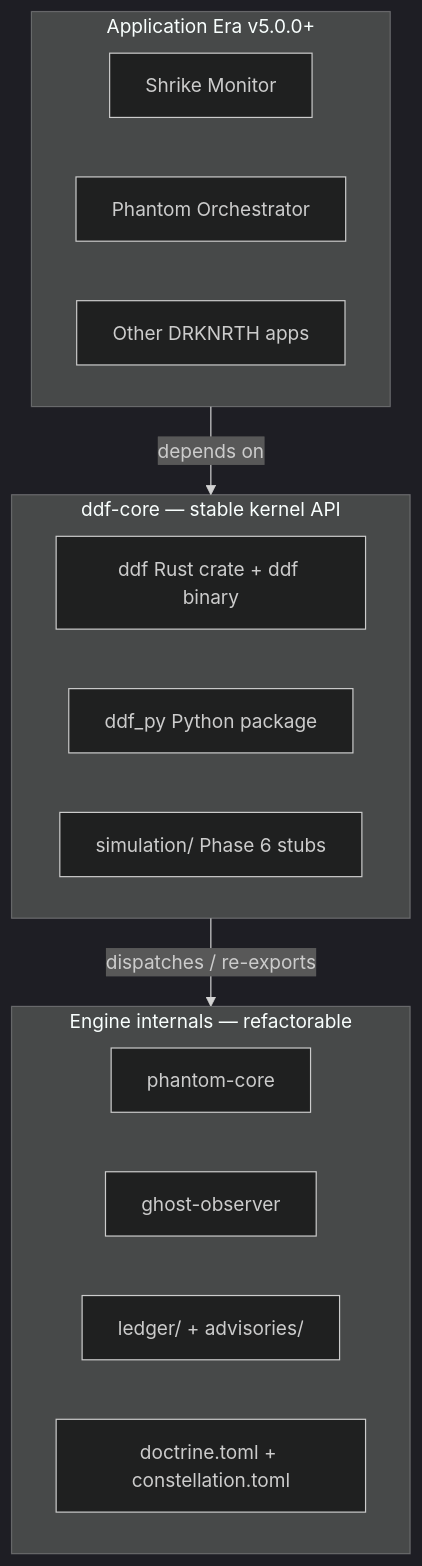
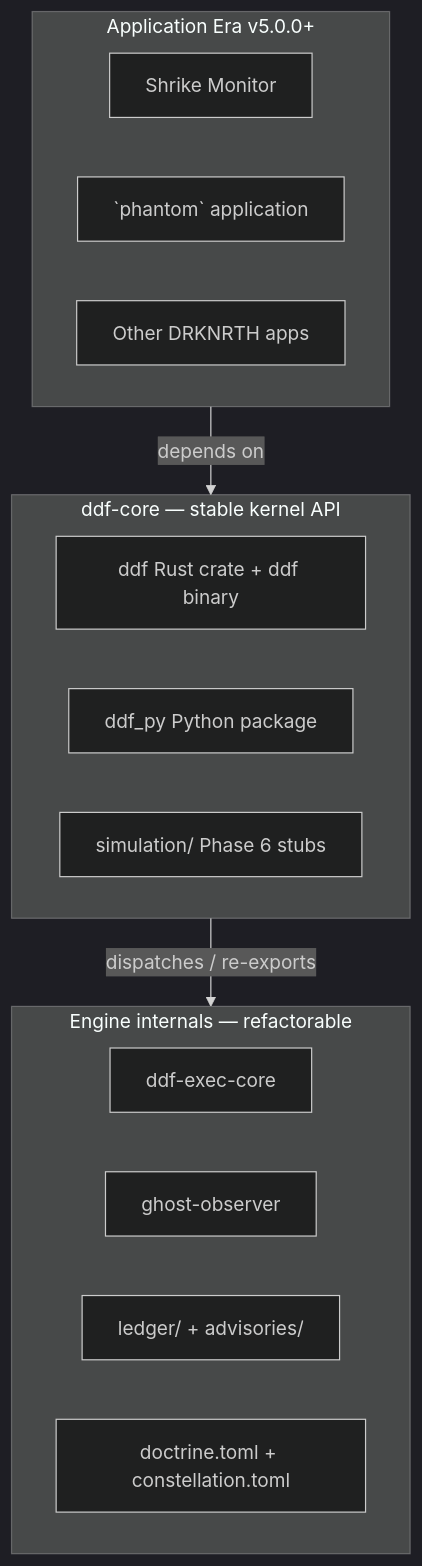
Before and after one commit to darknorthaco/DDFramework: the second of 5 diagrams in docs/VISUAL_LAYERS.md, drawn with Mermaid (dark theme). The commit also changed other lines of this file and 21 other files, not shown here.

````diff
--- a/docs/VISUAL_LAYERS.md
+++ b/docs/VISUAL_LAYERS.md
@@ -46,21 +46,21 @@
 ```mermaid
 flowchart TB
   subgraph apps["Application Era v5.0.0+"]
     A1[Shrike Monitor]
-    A2[Phantom Orchestrator]
+    A2[`phantom` application]
     A3[Other DRKNRTH apps]
   end
   subgraph kernel["ddf-core — stable kernel API"]
     K1["ddf Rust crate + ddf binary"]
     K2["ddf_py Python package"]
     K3["simulation/ Phase 6 stubs"]
   end
   subgraph internal["Engine internals — refactorable"]
-    I1[phantom-core]
+    I1[ddf-exec-core]
     I2[ghost-observer]
     I3["ledger/ + advisories/"]
     I4[doctrine.toml + constellation.toml]
   end
   apps -->|depends on| kernel
   kernel -->|dispatches / re-exports| internal
 ```
````
